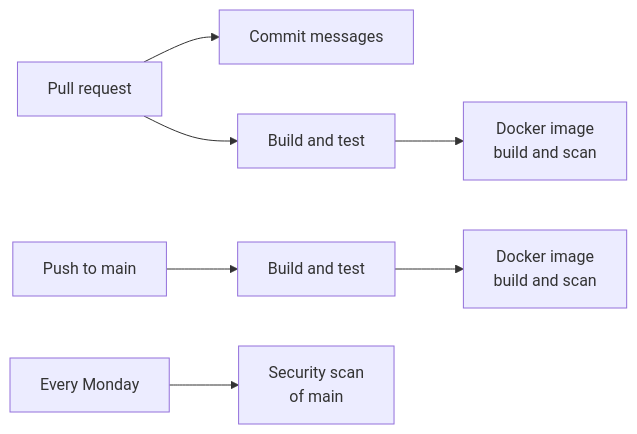
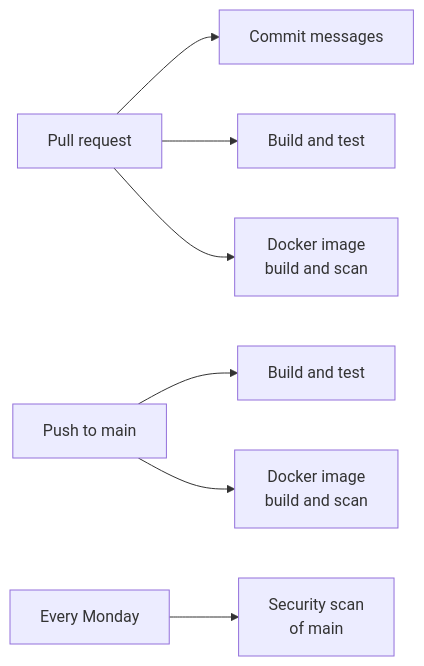
Before and after one commit to altalyst-solutions/dokiments-api: the diagram in docs/testing-and-quality.md, drawn with Mermaid. The commit also changed other lines of this file and 1 other file, not shown here.

Commit message:
docs: describe the parallel CI jobs and the image's dependency layer

````diff
--- a/docs/testing-and-quality.md
+++ b/docs/testing-and-quality.md
@@ -110,9 +110,9 @@
 ```mermaid
 flowchart LR
     pr["Pull request"] --> commits["Commit messages"]
     pr --> build["Build and test"]
-    build --> docker["Docker image<br/>build and scan"]
+    pr --> docker["Docker image<br/>build and scan"]
     push["Push to main"] --> build2["Build and test"]
-    build2 --> docker2["Docker image<br/>build and scan"]
+    push --> docker2["Docker image<br/>build and scan"]
     weekly["Every Monday"] --> scan["Security scan<br/>of main"]
 ```
````
